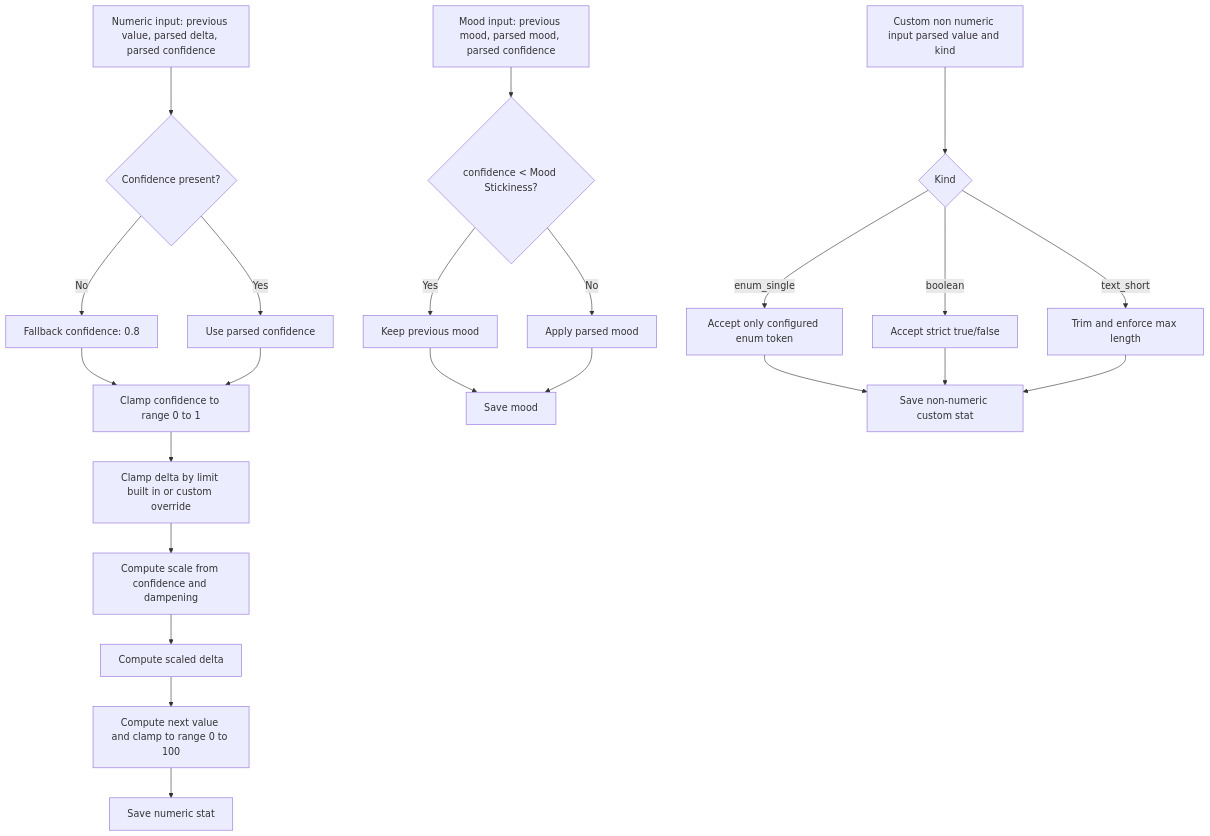
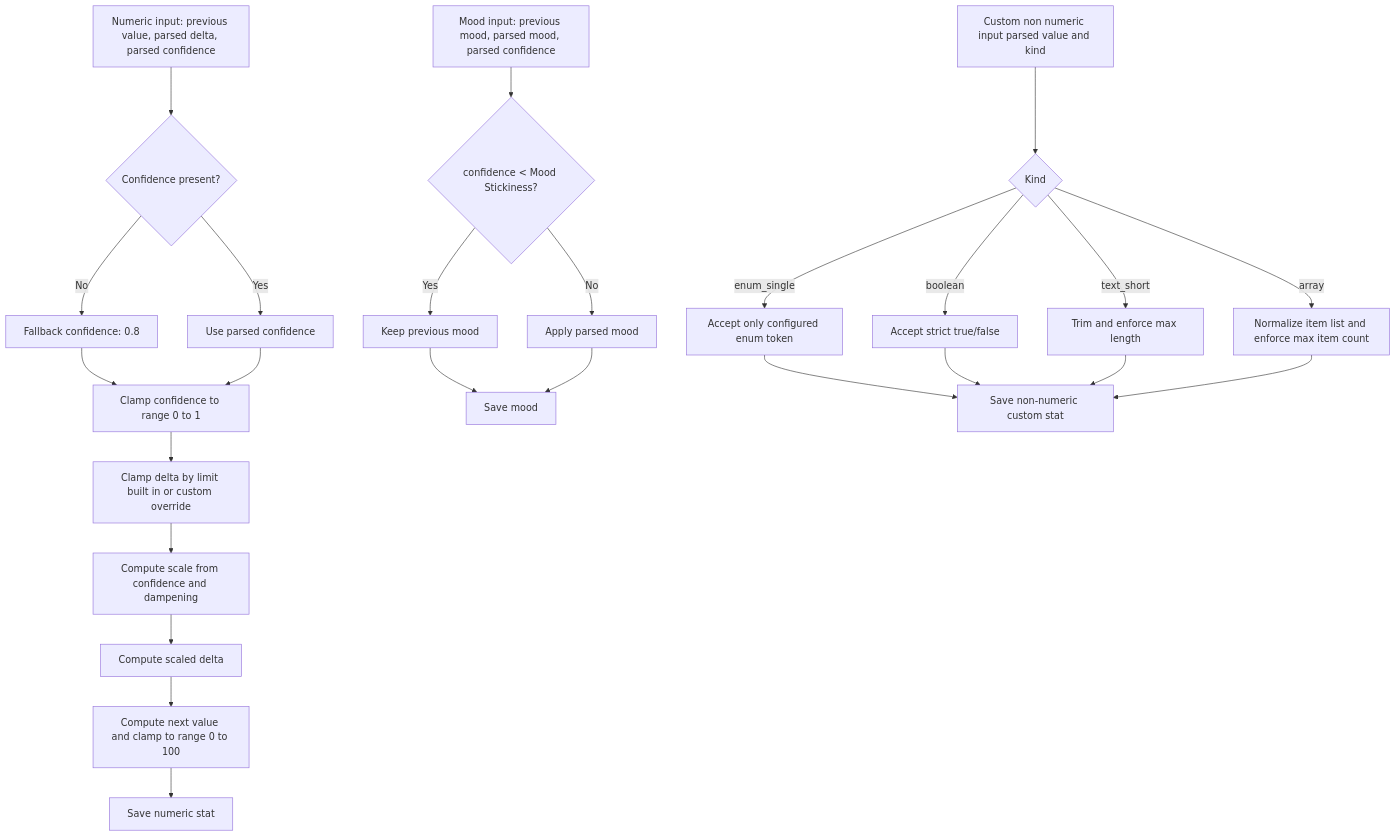
Before and after one commit to ghostd93/BetterSimTracker: the second of 2 diagrams in README.md, drawn with Mermaid. The commit also changed other lines of this file and 20 other files, not shown here.

````diff
--- a/README.md
+++ b/README.md
@@ -161,25 +162,27 @@
 ```mermaid
 flowchart TD
   A[Numeric input: previous value, parsed delta, parsed confidence] --> B{Confidence present?}
   B -- No --> C[Fallback confidence: 0.8]
   B -- Yes --> D[Use parsed confidence]
   C --> E[Clamp confidence to range 0 to 1]
   D --> E
   E --> F[Clamp delta by limit built in or custom override]
   F --> G[Compute scale from confidence and dampening]
   G --> H[Compute scaled delta]
   H --> I[Compute next value and clamp to range 0 to 100]
   I --> J[Save numeric stat]
   K[Mood input: previous mood, parsed mood, parsed confidence] --> L{confidence < Mood Stickiness?}
   L -- Yes --> M[Keep previous mood]
   L -- No --> N[Apply parsed mood]
   M --> O[Save mood]
   N --> O
   P[Custom non numeric input parsed value and kind] --> Q{Kind}
   Q -- enum_single --> R[Accept only configured enum token]
   Q -- boolean --> S[Accept strict true/false]
   Q -- text_short --> T[Trim and enforce max length]
+  Q -- array --> T2[Normalize item list and enforce max item count]
   R --> U[Save non-numeric custom stat]
   S --> U
   T --> U
+  T2 --> U
 ```
````
